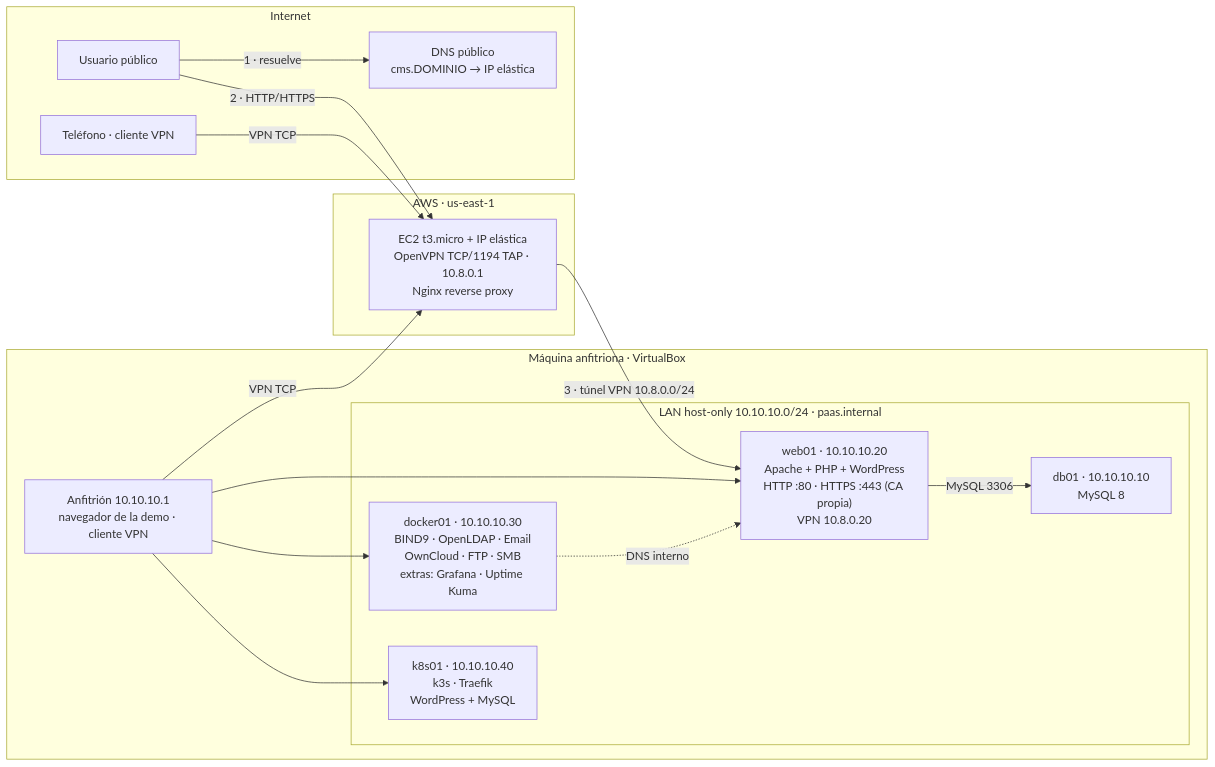
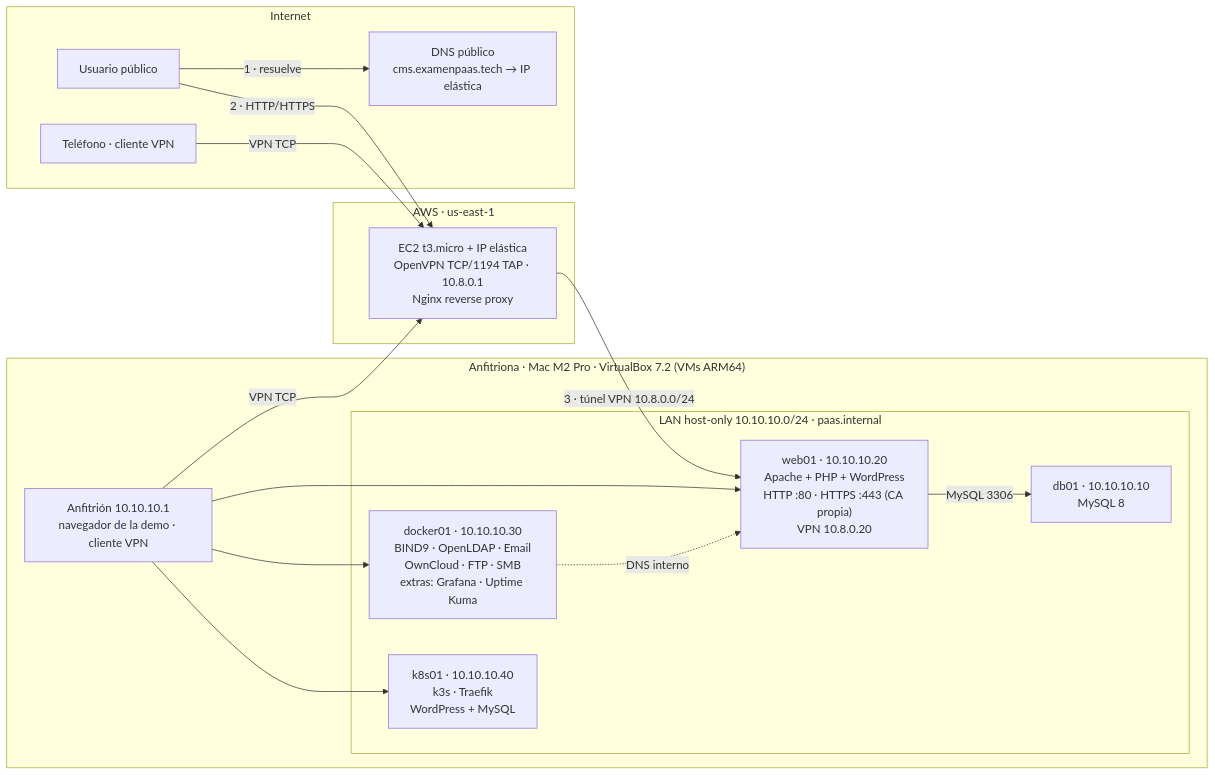
One commit to An-Gi/Examen-Paas changed the diagram in docs/diagramas/red.mmd. Above: the diagram before and after it, drawn with Mermaid. The commit also changed 14 other files, not shown here.

First line of the commit message:
docs: roles, dominio examenpaas.tech e introducción (kick-off)

```diff
--- a/docs/diagramas/red.mmd
+++ b/docs/diagramas/red.mmd
@@ -1,29 +1,29 @@
 %% Diagrama de red del examen. Exportar: make diagrama  ->  docs/img/red.png
 flowchart LR
   subgraph INTERNET["Internet"]
     U["Usuario público"]
-    DNSP["DNS público<br/>cms.DOMINIO → IP elástica"]
+    DNSP["DNS público<br/>cms.examenpaas.tech → IP elástica"]
     PH["Teléfono · cliente VPN"]
   end
   subgraph AWS["AWS · us-east-1"]
     EC2["EC2 t3.micro + IP elástica<br/>OpenVPN TCP/1194 TAP · 10.8.0.1<br/>Nginx reverse proxy"]
   end
-  subgraph HOST["Máquina anfitriona · VirtualBox"]
+  subgraph HOST["Anfitriona · Mac M2 Pro · VirtualBox 7.2 (VMs ARM64)"]
     LAP["Anfitrión 10.10.10.1<br/>navegador de la demo · cliente VPN"]
     subgraph LAN["LAN host-only 10.10.10.0/24 · paas.internal"]
       DB["db01 · 10.10.10.10<br/>MySQL 8"]
       WEB["web01 · 10.10.10.20<br/>Apache + PHP + WordPress<br/>HTTP :80 · HTTPS :443 (CA propia)<br/>VPN 10.8.0.20"]
       DOCK["docker01 · 10.10.10.30<br/>BIND9 · OpenLDAP · Email<br/>OwnCloud · FTP · SMB<br/>extras: Grafana · Uptime Kuma"]
       K8S["k8s01 · 10.10.10.40<br/>k3s · Traefik<br/>WordPress + MySQL"]
     end
   end
   U -- "1 · resuelve" --> DNSP
   U -- "2 · HTTP/HTTPS" --> EC2
   EC2 -- "3 · túnel VPN 10.8.0.0/24" --> WEB
   PH -- "VPN TCP" --> EC2
   LAP -- "VPN TCP" --> EC2
   WEB -- "MySQL 3306" --> DB
   LAP --> WEB
   LAP --> DOCK
   LAP --> K8S
   DOCK -. "DNS interno" .-> WEB
```
